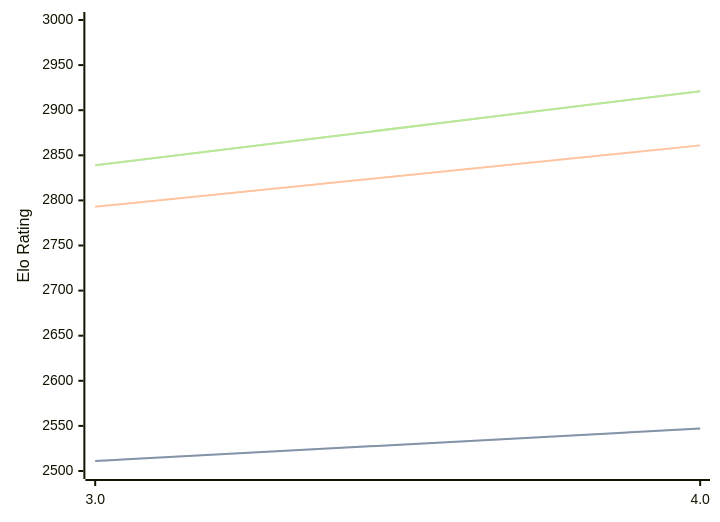
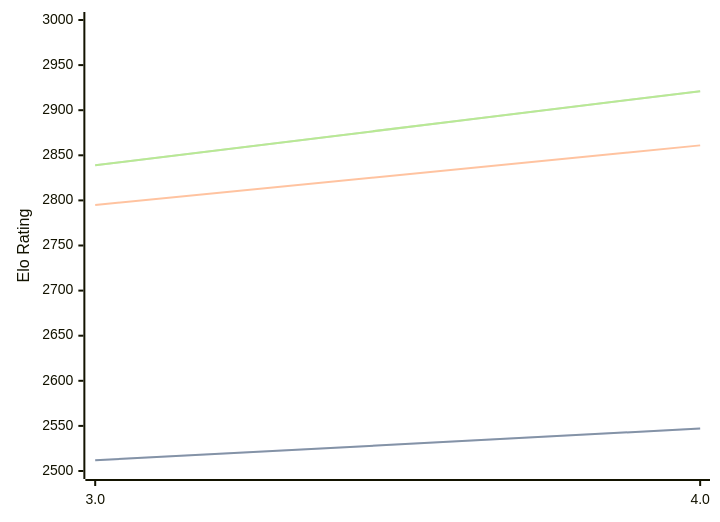
One commit to computer-chess-index/cci changed the diagram in engines/Chess3.md. Above: the diagram before and after it, drawn with Mermaid. The commit also changed other lines of this file, not shown here.

Commit message:
Update CCI Ratings (ELO VLTC) - 2026-04-25

````diff
--- a/engines/Chess3.md
+++ b/engines/Chess3.md
@@ -34,11 +34,11 @@
 ```mermaid
 %%{init: {"theme":"base","themeVariables":{"seriesColors:['#a3a3a3','#222221','#faa371']}}}%%
 xychart-beta
   x-axis ["3.0", "4.0"]
   y-axis "Elo Rating" 2500 --> 3000
-  line "STC (8.0+0.08s)" [2511, 2547]
-  line "STC (8.0+0.08s)" [2511, 2547]
-  line "LTC (60.0+0.60s)" [2793, 2861]
+  line "STC (8.0+0.08s)" [2512, 2547]
+  line "STC (8.0+0.08s)" [2512, 2547]
+  line "LTC (60.0+0.60s)" [2795, 2861]
   line "VLTC (2m24s+1.12s)" [2839, 2921]
   line "VLTC (2m24s+1.12s)" [2839, 2921]
 ```
````
